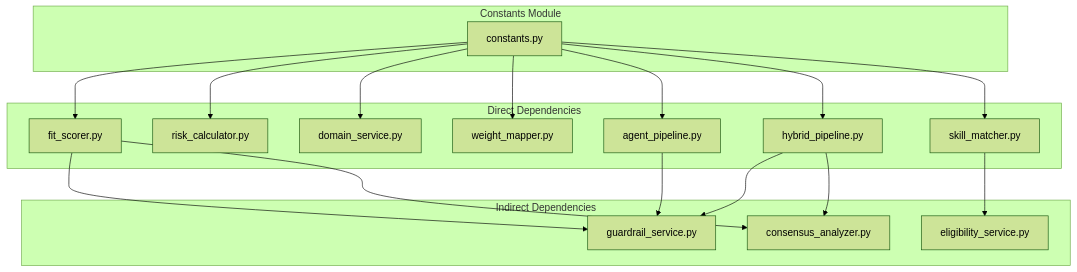
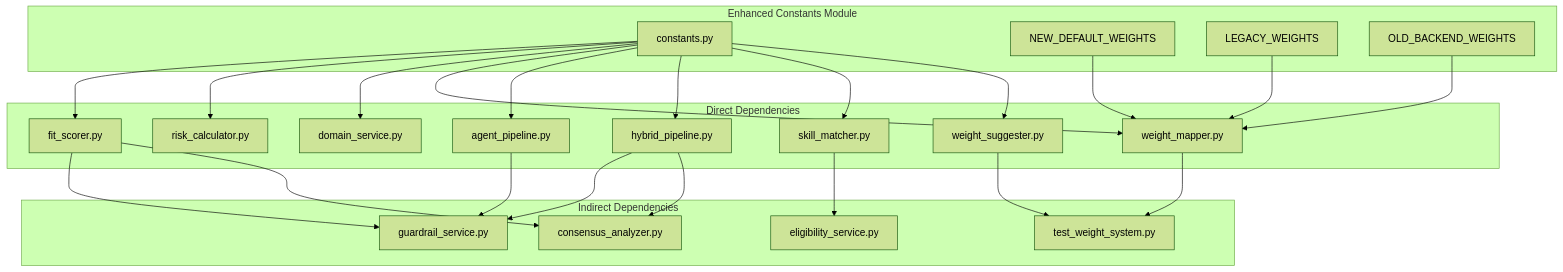
One commit to Revanththetalogics/aireume changed the sixth of 6 diagrams in .qoder/repowiki/en/content/Analysis Engine/Centralized Constants Module.md. Above: the diagram before and after it, drawn with Mermaid (forest theme). The commit also changed other lines of this file and 41 other files, not shown here.

````diff
--- a/.qoder/repowiki/en/content/Analysis Engine/Centralized Constants Module.md
+++ b/.qoder/repowiki/en/content/Analysis Engine/Centralized Constants Module.md
@@ -270,33 +290,44 @@
 ```mermaid
 graph TB
-subgraph "Constants Module"
+subgraph "Enhanced Constants Module"
 A[constants.py]
+B[NEW_DEFAULT_WEIGHTS]
+C[LEGACY_WEIGHTS]
+D[OLD_BACKEND_WEIGHTS]
 end
 subgraph "Direct Dependencies"
-B[fit_scorer.py]
-C[risk_calculator.py]
-D[domain_service.py]
-E[weight_mapper.py]
-F[agent_pipeline.py]
-G[hybrid_pipeline.py]
-H[skill_matcher.py]
+E[fit_scorer.py]
+F[risk_calculator.py]
+G[domain_service.py]
+H[weight_mapper.py]
+I[agent_pipeline.py]
+J[hybrid_pipeline.py]
+K[skill_matcher.py]
+L[weight_suggester.py]
 end
 subgraph "Indirect Dependencies"
-I[guardrail_service.py]
-J[eligibility_service.py]
-K[consensus_analyzer.py]
+M[guardrail_service.py]
+N[eligibility_service.py]
+O[consensus_analyzer.py]
+P[test_weight_system.py]
 end
-A --> B
-A --> C
-A --> D
 A --> E
 A --> F
 A --> G
 A --> H
-B --> I
-F --> I
-G --> I
-H --> J
-B --> K
-G --> K
+A --> I
+A --> J
+A --> K
+A --> L
+B --> H
+C --> H
+D --> H
+E --> M
+I --> M
+J --> M
+K --> N
+E --> O
+J --> O
+H --> P
+L --> P
 ```
````
